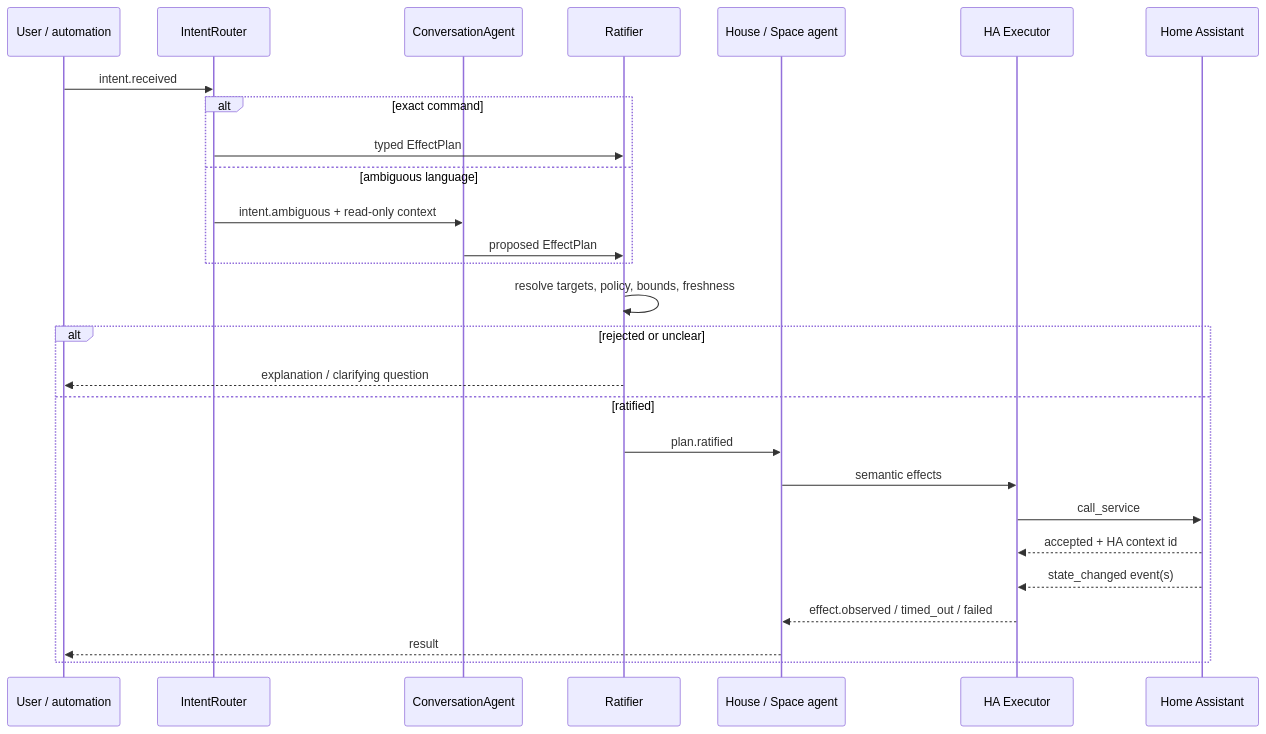
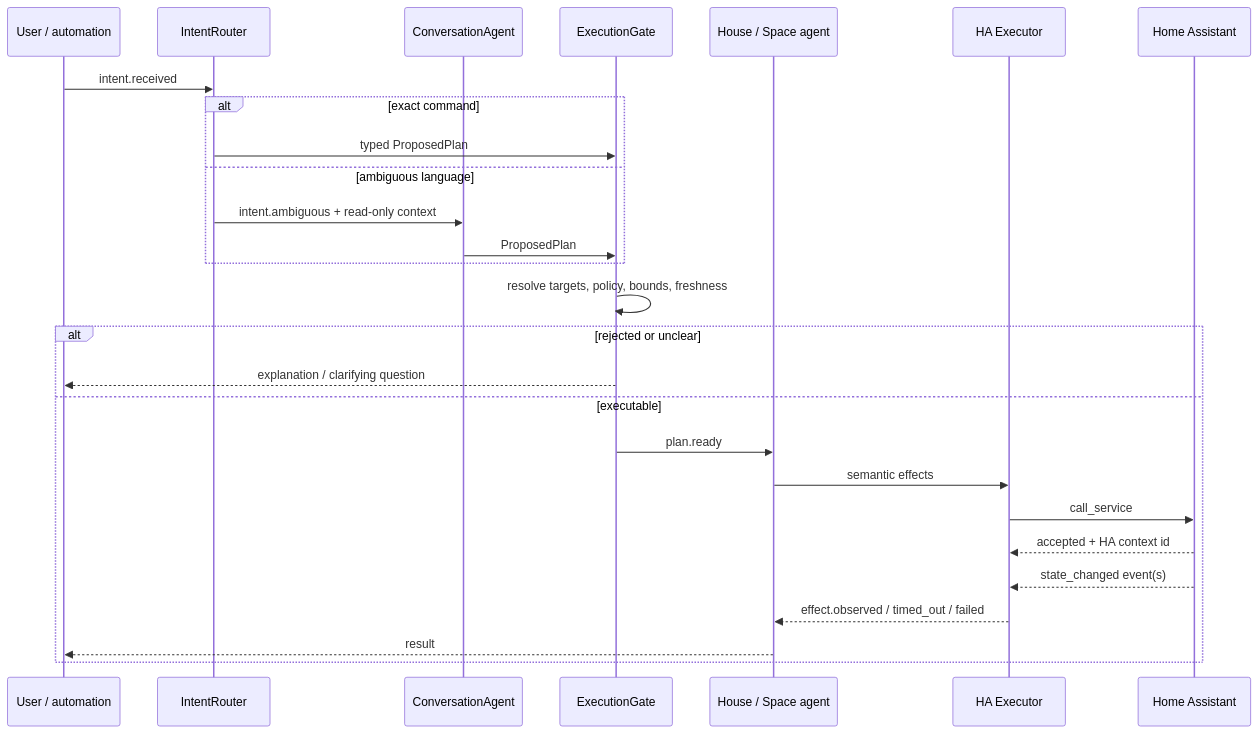
Before and after one commit to mhyrr/dobby: the diagram in dobby-design-jido.md, drawn with Mermaid. The commit also changed other lines of this file and 1 other file, not shown here.

````diff
--- a/dobby-design-jido.md
+++ b/dobby-design-jido.md
@@ -267,30 +267,30 @@
 ```mermaid
 sequenceDiagram
     participant U as User / automation
     participant R as IntentRouter
     participant L as ConversationAgent
-    participant V as Ratifier
+    participant V as ExecutionGate
     participant A as House / Space agent
     participant X as HA Executor
     participant H as Home Assistant
 
     U->>R: intent.received
     alt exact command
-      R->>V: typed EffectPlan
+      R->>V: typed ProposedPlan
     else ambiguous language
       R->>L: intent.ambiguous + read-only context
-      L->>V: proposed EffectPlan
+      L->>V: ProposedPlan
     end
     V->>V: resolve targets, policy, bounds, freshness
     alt rejected or unclear
       V-->>U: explanation / clarifying question
-    else ratified
-      V->>A: plan.ratified
+    else executable
+      V->>A: plan.ready
       A->>X: semantic effects
       X->>H: call_service
       H-->>X: accepted + HA context id
       H-->>X: state_changed event(s)
       X-->>A: effect.observed / timed_out / failed
       A-->>U: result
     end
 ```
````
